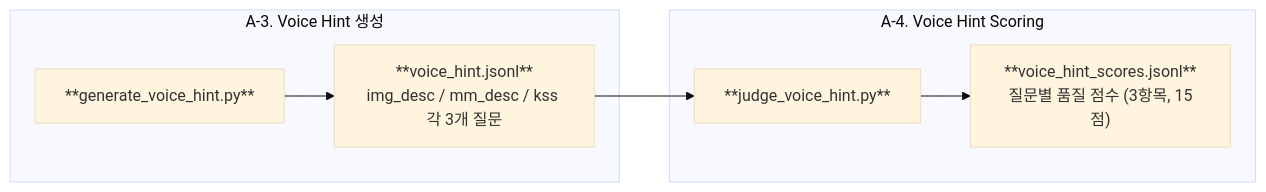
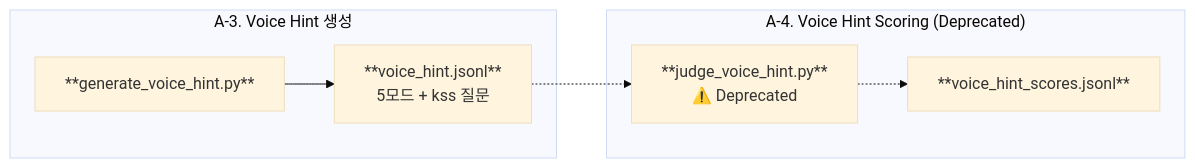
One commit to obeychoi0120/LLMJudge changed the second of 4 diagrams in README.md. Above: the diagram before and after it, drawn with Mermaid (base theme). The commit also changed other lines of this file, not shown here.

````diff
--- a/README.md
+++ b/README.md
@@ -50,16 +123,16 @@
 ```mermaid
 flowchart LR
     subgraph STEP3["A-3. Voice Hint 생성"]
         VH_SCRIPT["**generate_voice_hint.py**"]
-        VH_OUT["**voice_hint.jsonl**<br/>img_desc / mm_desc / kss 각 3개 질문"]
+        VH_OUT["**voice_hint.jsonl**<br/>5모드 + kss 질문"]
     end
 
-    subgraph STEP4["A-4. Voice Hint Scoring"]
-        QJ_SCRIPT["**judge_voice_hint.py**"]
-        QJ_SCORES["**voice_hint_scores.jsonl**<br/>질문별 품질 점수 (3항목, 15점)"]
+    subgraph STEP4["A-4. Voice Hint Scoring (Deprecated)"]
+        QJ_SCRIPT["**judge_voice_hint.py**<br/>⚠️ Deprecated"]
+        QJ_SCORES["**voice_hint_scores.jsonl**"]
     end
 
     VH_SCRIPT --> VH_OUT
-    VH_OUT --> QJ_SCRIPT
-    QJ_SCRIPT --> QJ_SCORES
+    VH_OUT -.-> QJ_SCRIPT
+    QJ_SCRIPT -.-> QJ_SCORES
 ```
````
